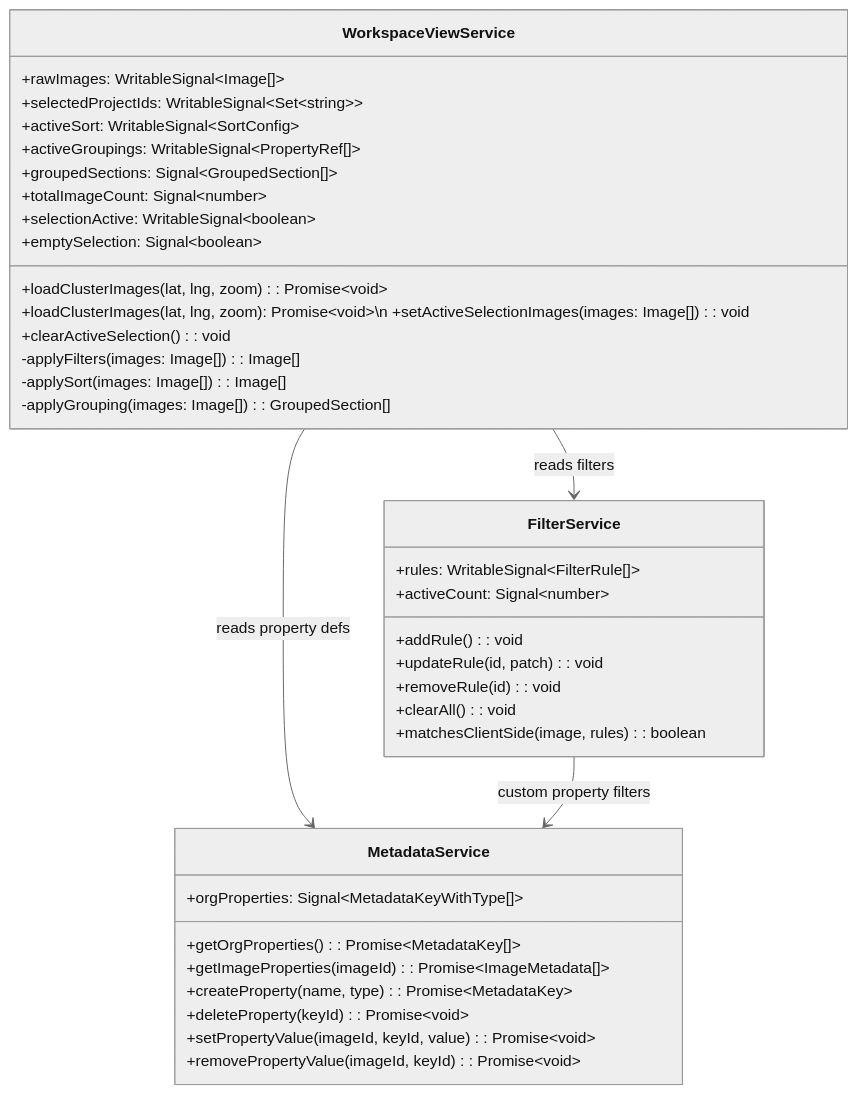
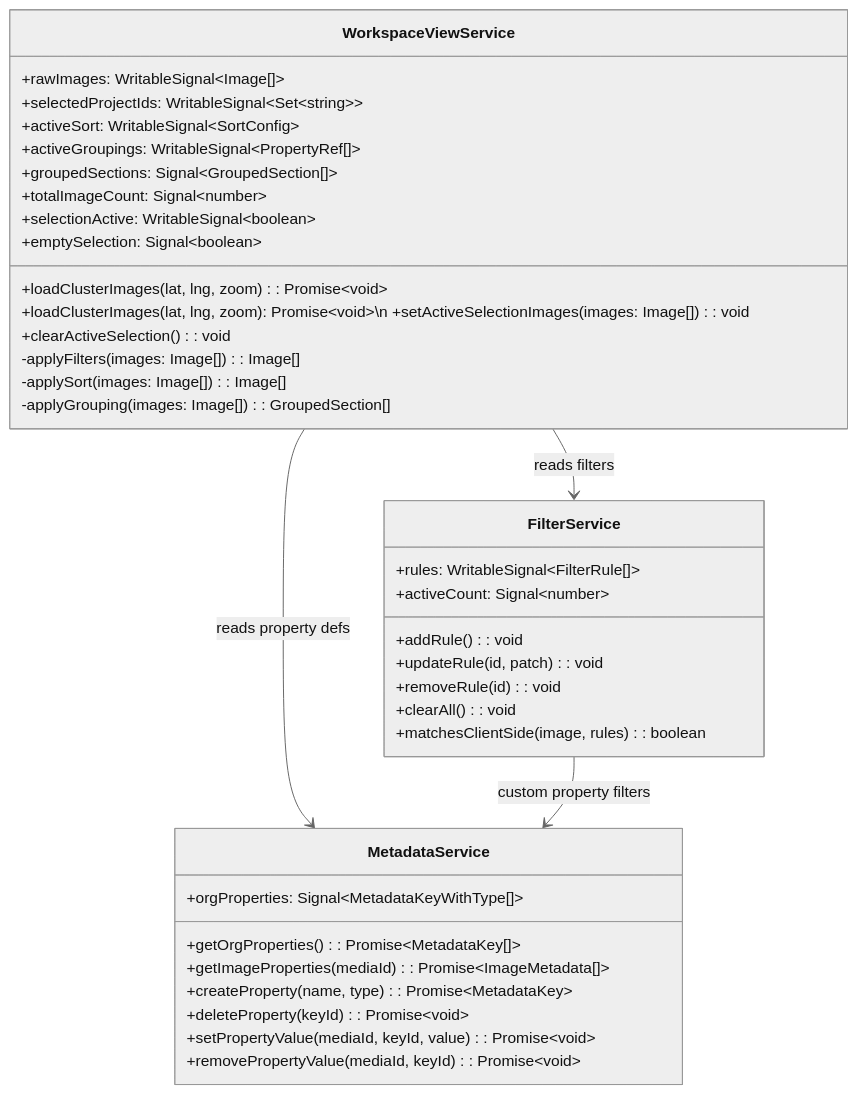
One commit to matkleve/feldpost changed the fifth of 7 diagrams in docs/element-specs/workspace-view-system.md. Above: the diagram before and after it, drawn with Mermaid (neutral theme). The commit also changed other lines of this file and 19 other files, not shown here.

First line of the commit message:
refactor: update references from imageId to mediaId across documentation

````diff
--- a/docs/element-specs/workspace-view-system.md
+++ b/docs/element-specs/workspace-view-system.md
@@ -350,43 +350,43 @@
 ```mermaid
 classDiagram
     class WorkspaceViewService {
         +rawImages: WritableSignal~Image[]~
         +selectedProjectIds: WritableSignal~Set~string~~
         +activeSort: WritableSignal~SortConfig~
         +activeGroupings: WritableSignal~PropertyRef[]~
         +groupedSections: Signal~GroupedSection[]~
         +totalImageCount: Signal~number~
         +selectionActive: WritableSignal~boolean~
         +emptySelection: Signal~boolean~
         +loadClusterImages(lat, lng, zoom): Promise~void~
         +loadClusterImages(lat, lng, zoom): Promise~void~\n        +setActiveSelectionImages(images: Image[]): void
         +clearActiveSelection(): void
         -applyFilters(images: Image[]): Image[]
         -applySort(images: Image[]): Image[]
         -applyGrouping(images: Image[]): GroupedSection[]
     }
 
     class FilterService {
         +rules: WritableSignal~FilterRule[]~
         +activeCount: Signal~number~
         +addRule(): void
         +updateRule(id, patch): void
         +removeRule(id): void
         +clearAll(): void
         +matchesClientSide(image, rules): boolean
     }
 
     class MetadataService {
         +orgProperties: Signal~MetadataKeyWithType[]~
         +getOrgProperties(): Promise~MetadataKey[]~
-        +getImageProperties(imageId): Promise~ImageMetadata[]~
+        +getImageProperties(mediaId): Promise~ImageMetadata[]~
         +createProperty(name, type): Promise~MetadataKey~
         +deleteProperty(keyId): Promise~void~
-        +setPropertyValue(imageId, keyId, value): Promise~void~
-        +removePropertyValue(imageId, keyId): Promise~void~
+        +setPropertyValue(mediaId, keyId, value): Promise~void~
+        +removePropertyValue(mediaId, keyId): Promise~void~
     }
 
     WorkspaceViewService --> FilterService : reads filters
     WorkspaceViewService --> MetadataService : reads property defs
     FilterService --> MetadataService : custom property filters
 ```
````
